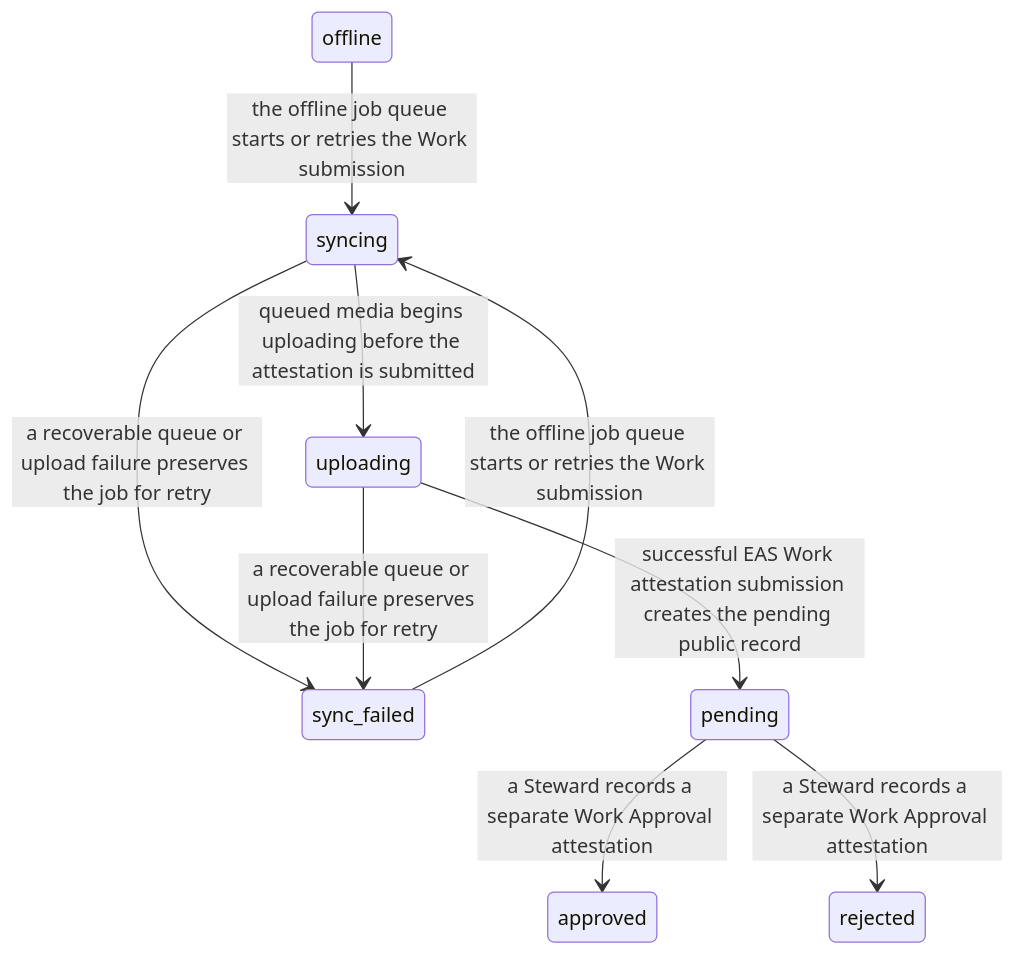
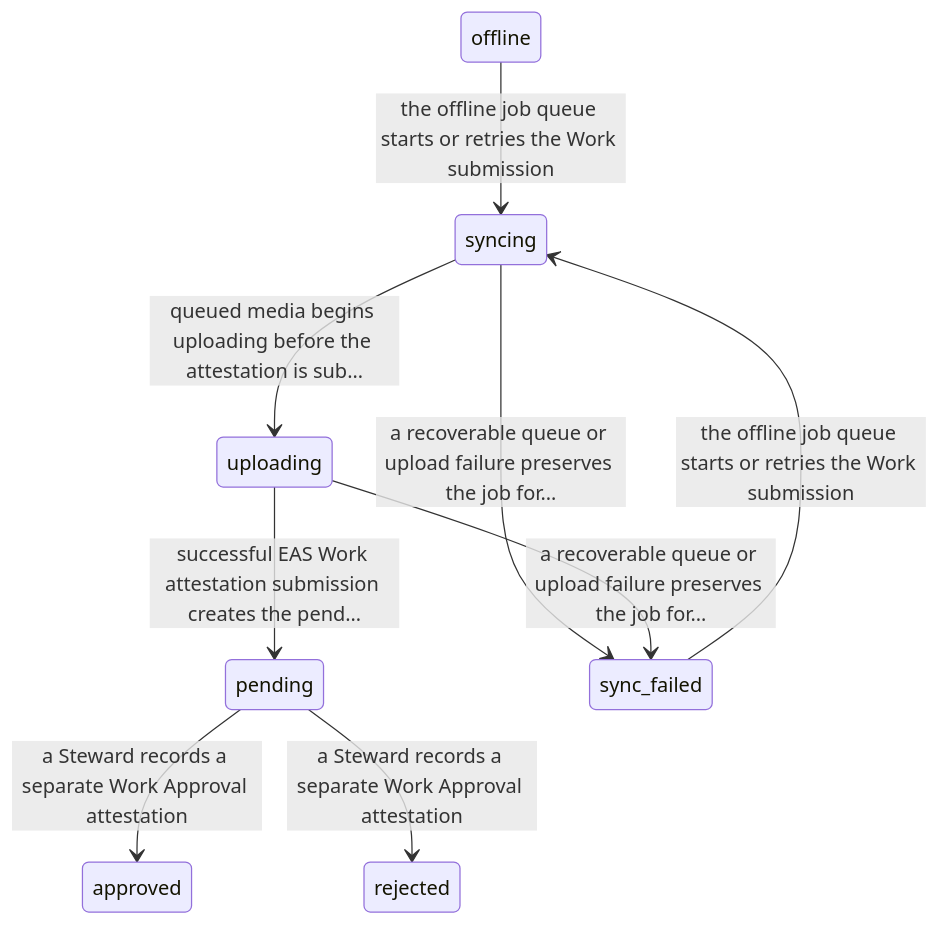
Before and after one commit to greenpill-dev-guild/green-goods: the fourth of 8 diagrams in docs/docs/builders/architecture/data-model.mdx, drawn with Mermaid. The commit also changed other lines of this file and 20 other files, not shown here.

First line of the commit message:
docs: readable diagrams in dark mode, parseable lifecycles, copyable commands

````diff
--- a/docs/docs/builders/architecture/data-model.mdx
+++ b/docs/docs/builders/architecture/data-model.mdx
@@ -165,11 +165,18 @@
 ```mermaid
 stateDiagram-v2
+  pending
+  approved
+  rejected
+  syncing
+  uploading
+  sync_failed
+  offline
   offline --> syncing: the offline job queue starts or retries the Work submission
   sync_failed --> syncing: the offline job queue starts or retries the Work submission
-  syncing --> uploading: queued media begins uploading before the attestation is submitted
-  syncing --> sync_failed: a recoverable queue or upload failure preserves the job for retry
-  uploading --> sync_failed: a recoverable queue or upload failure preserves the job for retry
-  uploading --> pending: successful EAS Work attestation submission creates the pending public record
+  syncing --> uploading: queued media begins uploading before the attestation is sub…
+  syncing --> sync_failed: a recoverable queue or upload failure preserves the job for…
+  uploading --> sync_failed: a recoverable queue or upload failure preserves the job for…
+  uploading --> pending: successful EAS Work attestation submission creates the pend…
   pending --> approved: a Steward records a separate Work Approval attestation
   pending --> rejected: a Steward records a separate Work Approval attestation
 ```
````
